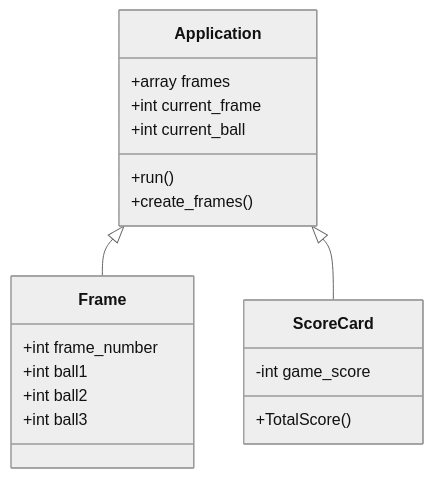
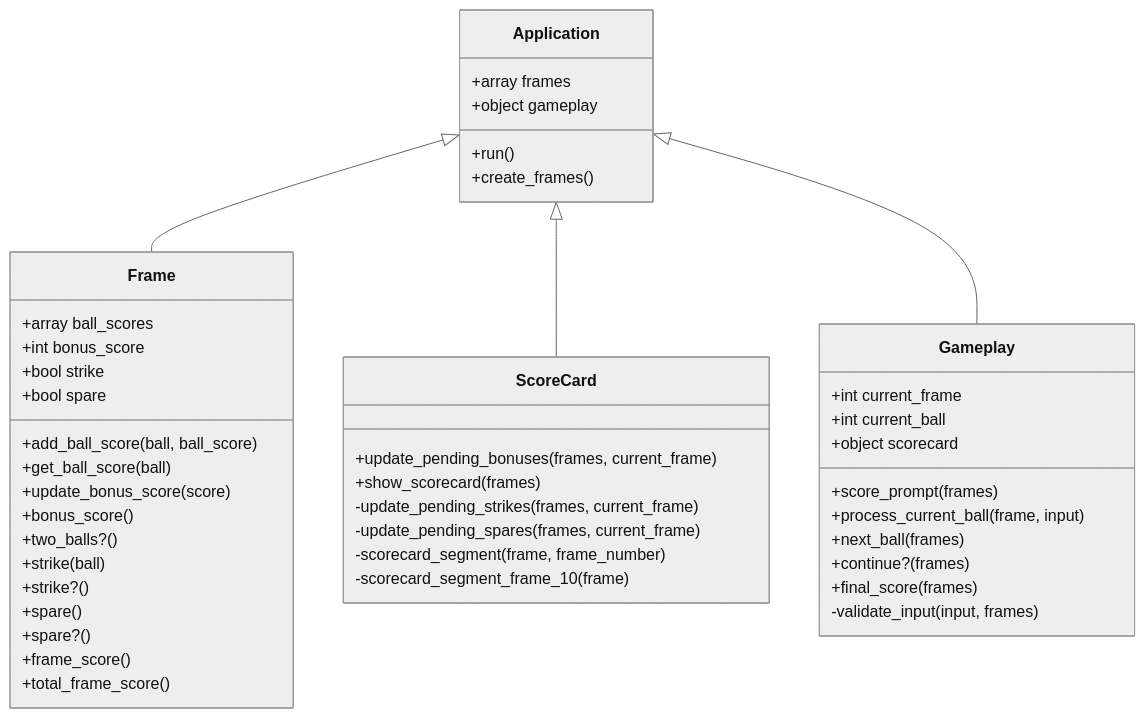
The second of 2 diagrams in design.md (makersacademy/bowling-challenge-ruby), drawn with Mermaid (neutral theme) before and after one commit. The commit also changed other lines of this file, not shown here.

````diff
--- a/design.md
+++ b/design.md
@@ -42,20 +42,46 @@
 ```mermaid
 classDiagram
     Application <|-- Frame
     Application <|-- ScoreCard
+    Application <|-- Gameplay
     Application : +array frames
-    Application : +int current_frame
-    Application : +int current_ball
+    Application : +object gameplay
     Application : +run()
     Application : +create_frames()
     class Frame{
-      +int frame_number
-      +int ball1
-      +int ball2
-      +int ball3
+      +array ball_scores
+      +int bonus_score
+      +bool strike
+      +bool spare
+      +add_ball_score(ball, ball_score)
+      +get_ball_score(ball)
+      +update_bonus_score(score)
+      +bonus_score()
+      +two_balls?()
+      +strike(ball)
+      +strike?()
+      +spare()
+      +spare?()
+      +frame_score()
+      +total_frame_score()
     }
     class ScoreCard{
-      -int game_score
-      +TotalScore()
+      +update_pending_bonuses(frames, current_frame)
+      +show_scorecard(frames)
+      -update_pending_strikes(frames, current_frame)
+      -update_pending_spares(frames, current_frame)
+      -scorecard_segment(frame, frame_number)
+      -scorecard_segment_frame_10(frame)
+    }
+    class Gameplay{
+      +int current_frame
+      +int current_ball
+      +object scorecard
+      +score_prompt(frames)
+      +process_current_ball(frame, input)
+      +next_ball(frames)
+      +continue?(frames)
+      +final_score(frames)
+      -validate_input(input, frames)
     }
 ```
````
